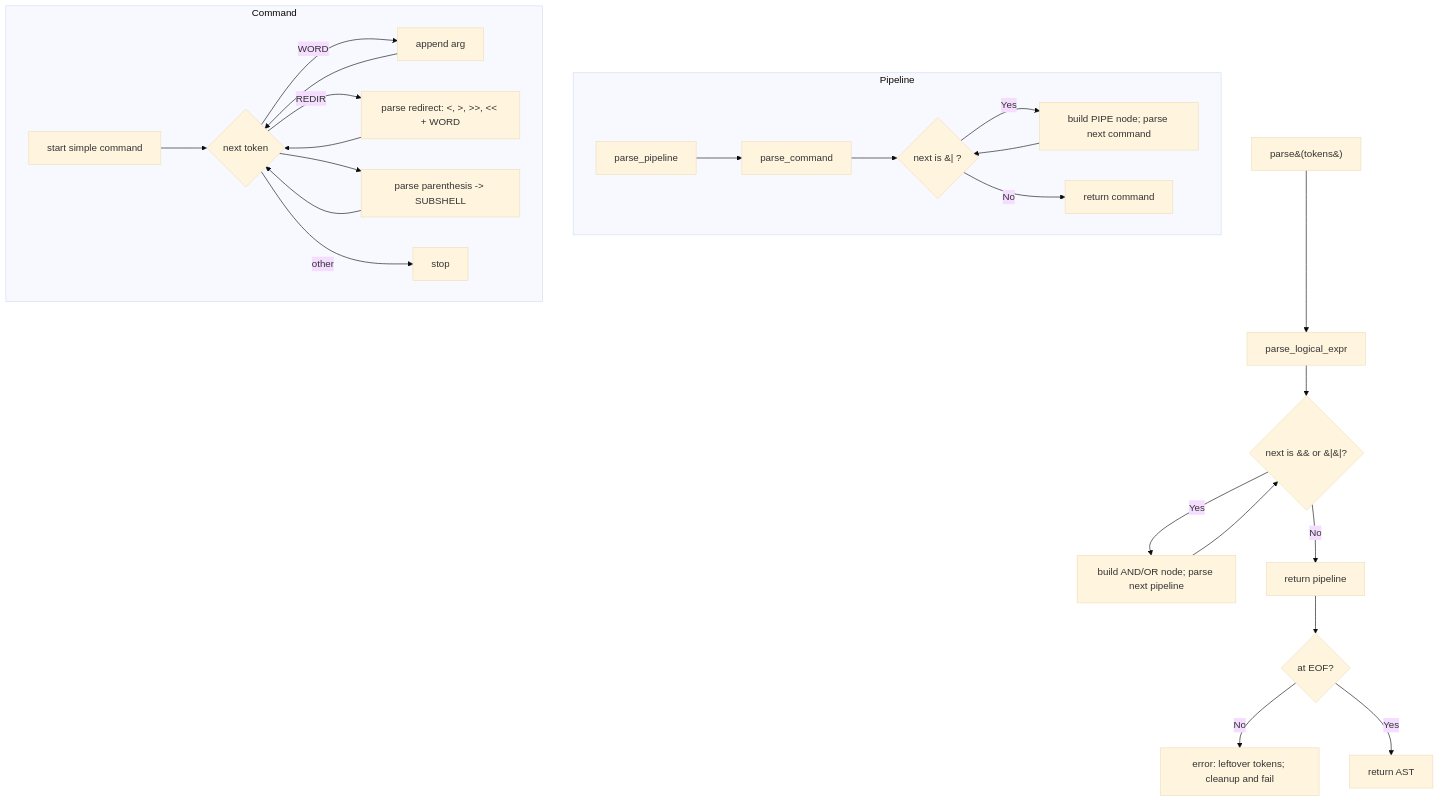
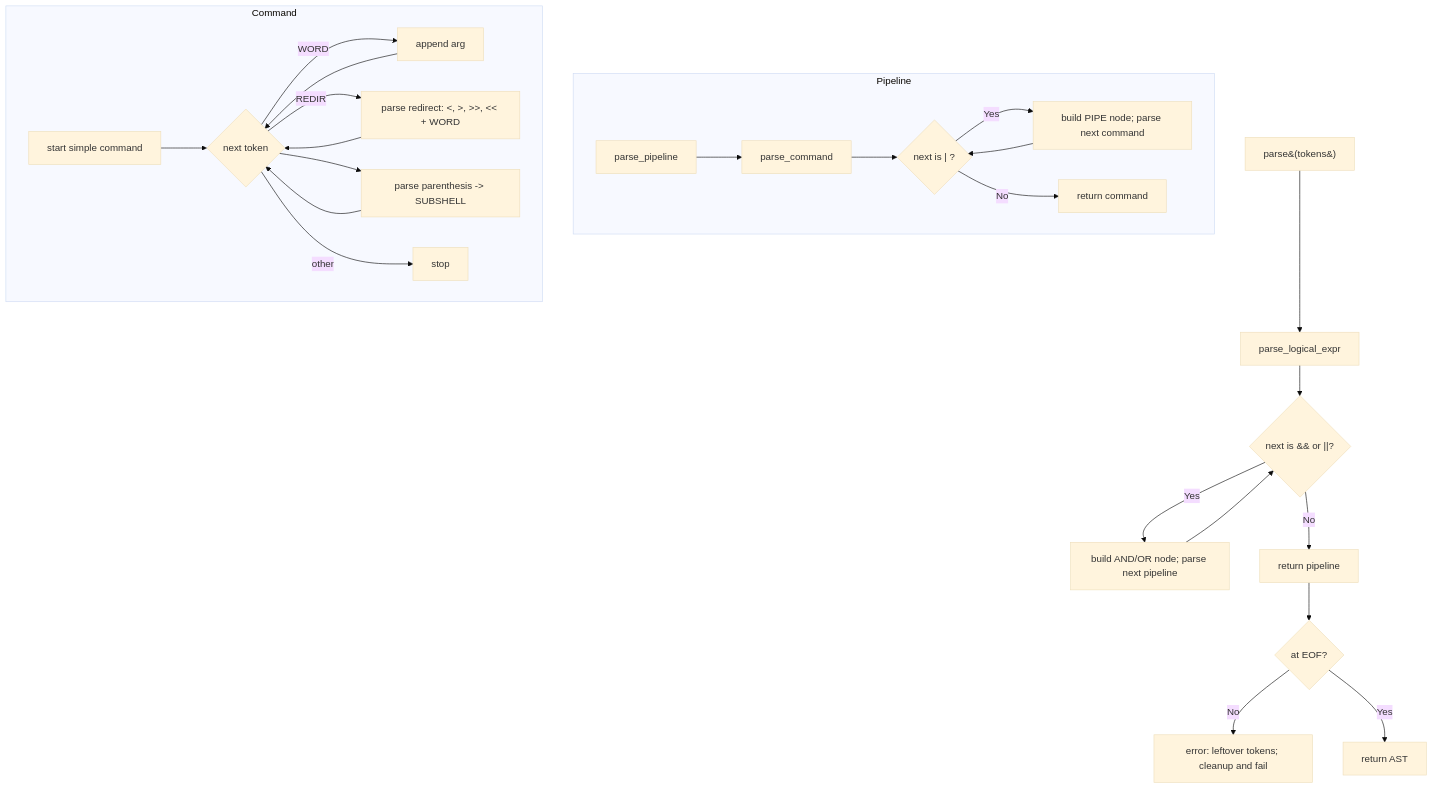
Before and after one commit to x65juan56x/minishell: the fourth of 10 diagrams in docs/FLOWCHARTS.md, drawn with Mermaid (base theme). The commit also changed other lines of this file and 1 other file, not shown here.

Commit message:
mini docu

````diff
--- a/docs/FLOWCHARTS.md
+++ b/docs/FLOWCHARTS.md
@@ -81,32 +81,32 @@
 ```mermaid
 flowchart TD
     A[parse&#40;tokens&#41;] --> B[parse_logical_expr]
-    B --> C{next is &amp;&amp; or &#124;&#124;?}
+    B --> C{next is &amp;&amp; or #124;#124;?}
     C -->|Yes| D[build AND/OR node; parse next pipeline]
     C -->|No| E[return pipeline]
     D --> C
 
     subgraph Pipeline
         P1[parse_pipeline] --> P2[parse_command]
-    P2 --> P3{next is &#124; ?}
+    P2 --> P3{next is #124; ?}
         P3 -->|Yes| P4[build PIPE node; parse next command]
         P3 -->|No| P5[return command]
         P4 --> P3
     end
 
     subgraph Command
         C1[start simple command]
         C1 --> C2{next token}
         C2 -->|WORD| C3[append arg]
     C2 -->|REDIR| C4[parse redirect: &lt;, &gt;, &gt;&gt;, &lt;&lt; + WORD]
     C2 -->| | C5[parse parenthesis -&gt; SUBSHELL]
         C2 -->|other| C6[stop]
         C3 --> C2
         C4 --> C2
         C5 --> C2
     end
 
     E --> F{at EOF?}
     F -->|No| G[error: leftover tokens; cleanup and fail]
     F -->|Yes| H[return AST]
 ```
````
